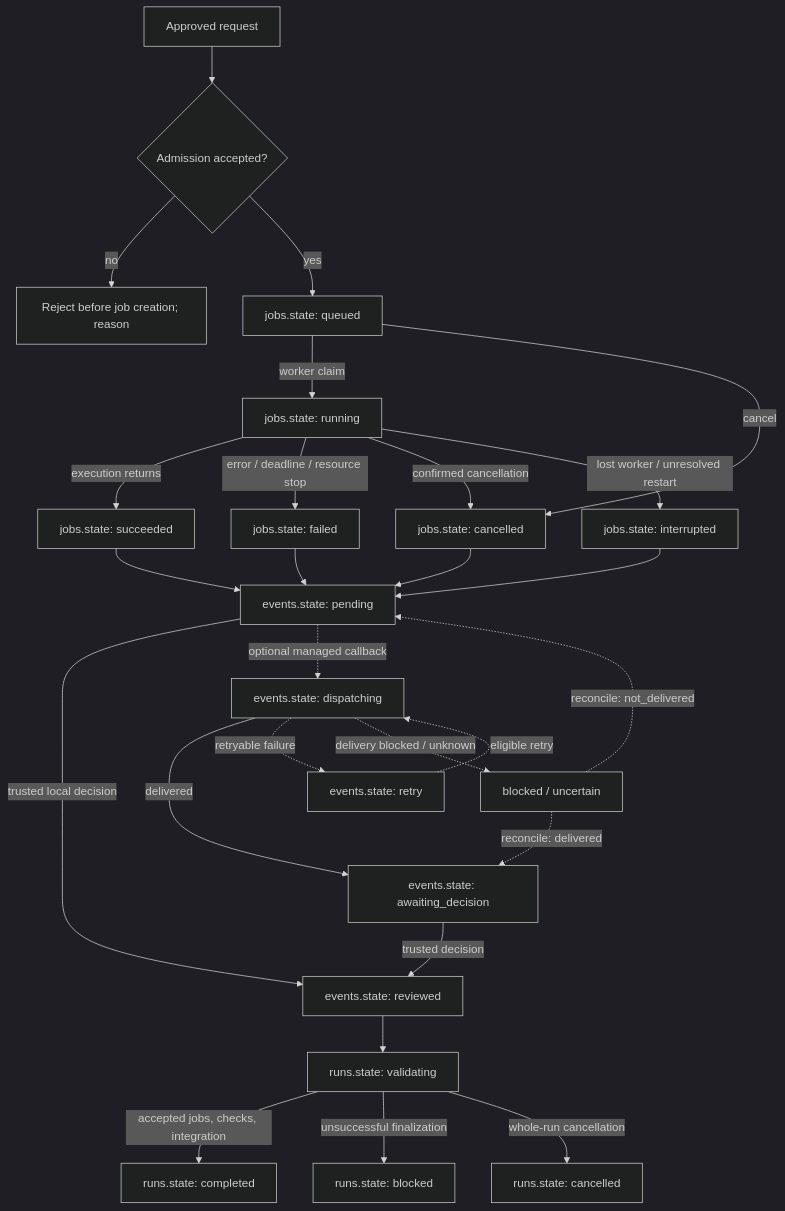
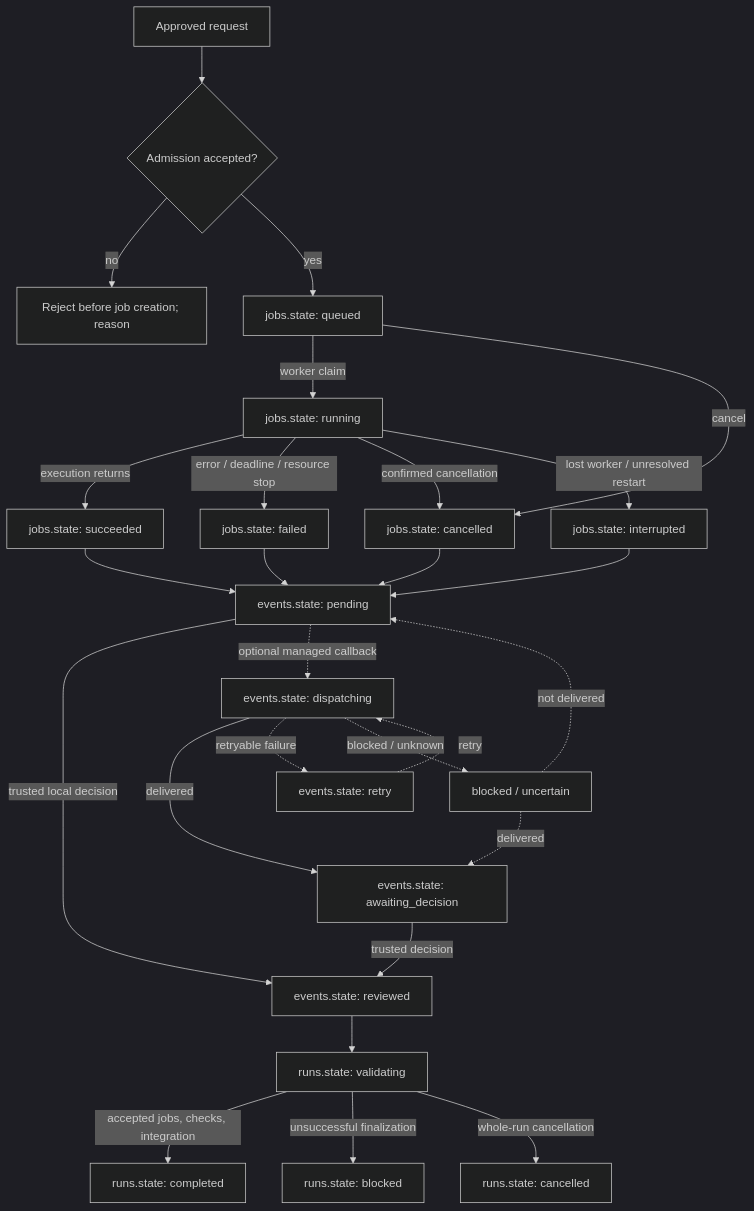
One commit to nishdel/OmniLAB-Local-Agent-Bridge- changed the second of 4 diagrams in docs/WORKFLOW.md. Above: the diagram before and after it, drawn with Mermaid (dark theme). The commit also changed other lines of this file and 18 other files, not shown here.

````diff
--- a/docs/WORKFLOW.md
+++ b/docs/WORKFLOW.md
@@ -119,29 +119,29 @@
 ```mermaid
 flowchart TD
     A["Approved request"] --> G{"Admission accepted?"}
     G -->|"no"| B["Reject before job creation; reason"]
     G -->|"yes"| Q["jobs.state: queued"]
     Q -->|"worker claim"| R["jobs.state: running"]
     Q -->|"cancel"| X["jobs.state: cancelled"]
     R -->|"execution returns"| S["jobs.state: succeeded"]
     R -->|"error / deadline / resource stop"| F["jobs.state: failed"]
     R -->|"confirmed cancellation"| X
     R -->|"lost worker / unresolved restart"| I["jobs.state: interrupted"]
     S --> E["events.state: pending"]
     F --> E
     X --> E
     I --> E
     E -->|"trusted local decision"| V["events.state: reviewed"]
     E -.->|"optional managed callback"| D["events.state: dispatching"]
     D -->|"delivered"| AD["events.state: awaiting_decision"]
     AD -->|"trusted decision"| V
     D -.->|"retryable failure"| RT["events.state: retry"]
-    RT -.->|"eligible retry"| D
-    D -.->|"delivery blocked / unknown"| U["blocked / uncertain"]
-    U -.->|"reconcile: not_delivered"| E
-    U -.->|"reconcile: delivered"| AD
+    RT -.->|"retry"| D
+    D -.->|"blocked / unknown"| U["blocked / uncertain"]
+    U -.->|"not delivered"| E
+    U -.->|"delivered"| AD
     V --> N["runs.state: validating"]
     N -->|"accepted jobs, checks, integration"| C["runs.state: completed"]
     N -->|"unsuccessful finalization"| Z["runs.state: blocked"]
     N -->|"whole-run cancellation"| Y["runs.state: cancelled"]
 ```
````
